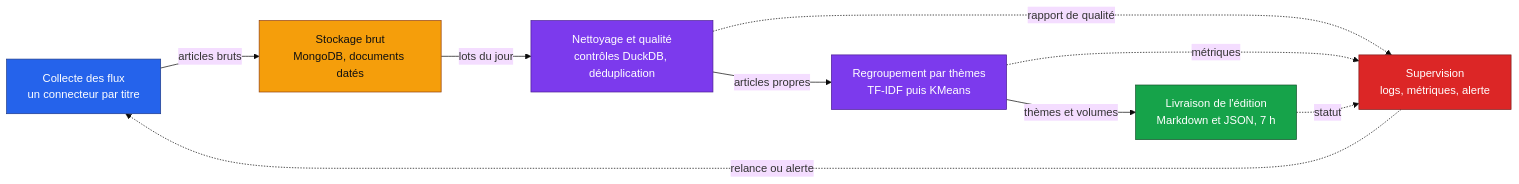
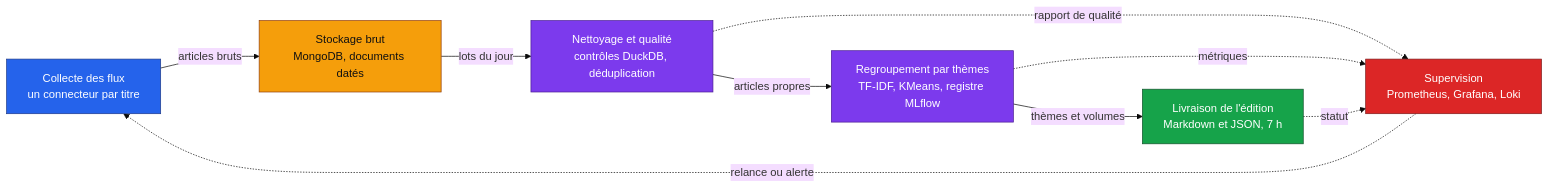
The diagram in README.md (Adam-Blf/Projet-M2OPS), drawn with Mermaid (base theme) before and after one commit. The commit also changed other lines of this file and 2 other files, not shown here.

Commit message:
feat(stack): add MLflow model registry, FastAPI serving and full observability, map the ten TDs

````diff
--- a/README.md
+++ b/README.md
@@ -33,30 +33,30 @@
 ```mermaid
 flowchart LR
   S1["Collecte des flux<br/>un connecteur par titre"]
   S2["Stockage brut<br/>MongoDB, documents datés"]
   S3["Nettoyage et qualité<br/>contrôles DuckDB, déduplication"]
-  S4["Regroupement par thèmes<br/>TF-IDF puis KMeans"]
+  S4["Regroupement par thèmes<br/>TF-IDF, KMeans, registre MLflow"]
   S5["Livraison de l'édition<br/>Markdown et JSON, 7 h"]
-  S6["Supervision<br/>logs, métriques, alerte"]
+  S6["Supervision<br/>Prometheus, Grafana, Loki"]
 
   S1 -->|articles bruts| S2
   S2 -->|lots du jour| S3
   S3 -->|articles propres| S4
   S4 -->|thèmes et volumes| S5
   S3 -.->|rapport de qualité| S6
   S4 -.->|métriques| S6
   S5 -.->|statut| S6
   S6 -.->|relance ou alerte| S1
 
   classDef input fill:#2563eb,stroke:#1e3a8a,color:#fff
   classDef process fill:#7c3aed,stroke:#4c1d95,color:#fff
   classDef store fill:#f59e0b,stroke:#92400e,color:#111
   classDef ok fill:#16a34a,stroke:#14532d,color:#fff
   classDef error fill:#dc2626,stroke:#7f1d1d,color:#fff
 
   class S1 input
   class S2 store
   class S3,S4 process
   class S5 ok
   class S6 error
 ```
````
